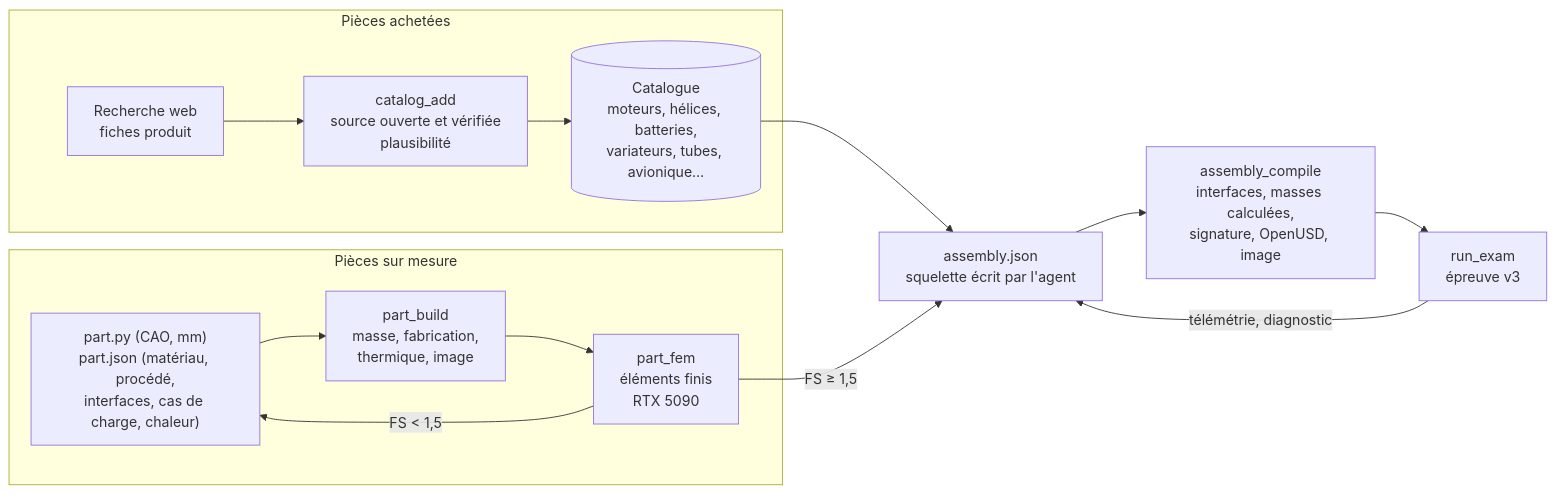
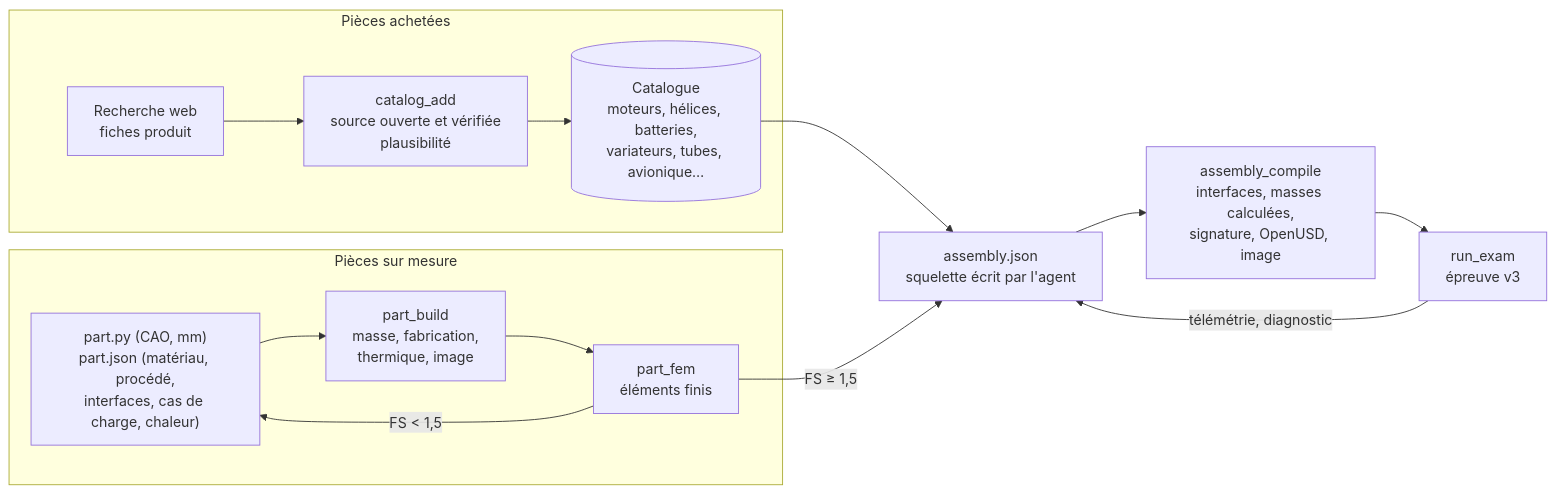
One commit to Gougnafier/dronelab changed the seventh of 12 diagrams in docs/architecture.md. Above: the diagram before and after it, drawn with Mermaid. The commit also changed other lines of this file and 9 other files, not shown here.

````diff
--- a/docs/architecture.md
+++ b/docs/architecture.md
@@ -231,17 +231,17 @@
 ```mermaid
 flowchart LR
     subgraph ACHAT["Pièces achetées"]
         WEB["Recherche web<br/>fiches produit"] --> CADD["catalog_add<br/>source ouverte et vérifiée<br/>plausibilité"]
         CADD --> CAT[("Catalogue<br/>moteurs, hélices, batteries,<br/>variateurs, tubes, avionique…")]
     end
     subgraph ATELIER["Pièces sur mesure"]
         SCRIPT["part.py (CAO, mm)<br/>part.json (matériau, procédé,<br/>interfaces, cas de charge, chaleur)"] --> BUILD["part_build<br/>masse, fabrication,<br/>thermique, image"]
-        BUILD --> FEM["part_fem<br/>éléments finis<br/>RTX 5090"]
+        BUILD --> FEM["part_fem<br/>éléments finis"]
         FEM -->|"FS < 1,5"| SCRIPT
     end
     CAT --> ASM["assembly.json<br/>squelette écrit par l'agent"]
     FEM -->|"FS ≥ 1,5"| ASM
     ASM --> COMP["assembly_compile<br/>interfaces, masses calculées,<br/>signature, OpenUSD, image"]
     COMP --> EXAM["run_exam<br/>épreuve v3"]
     EXAM -->|"télémétrie, diagnostic"| ASM
 ```
````
